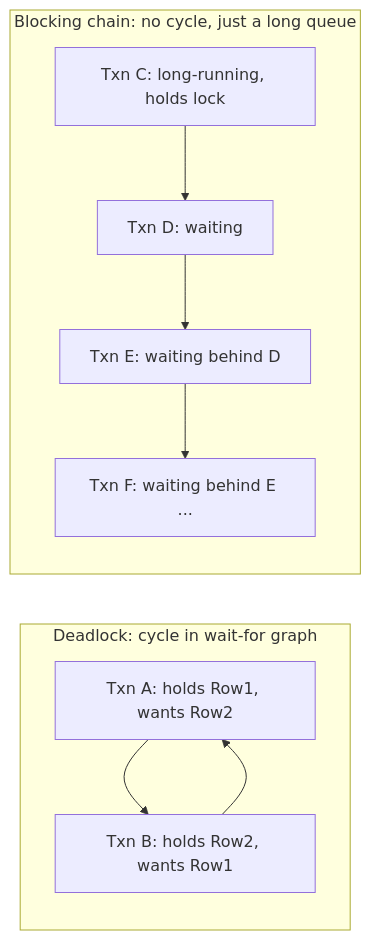
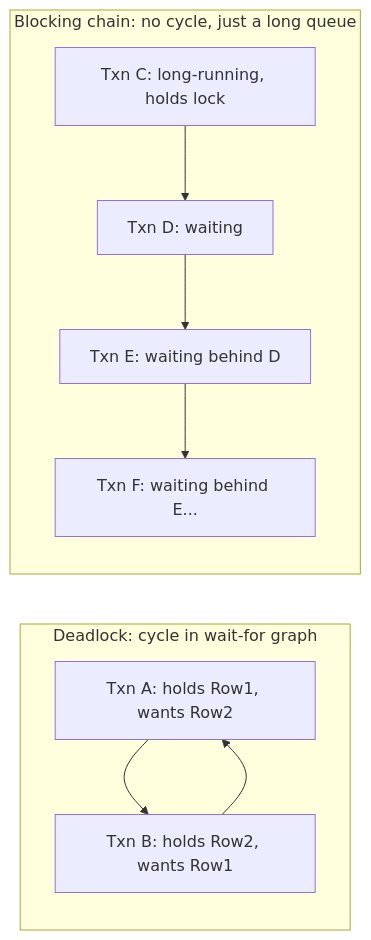
The diagram in 04-SQL-Server/02-Transactions-Isolation-Locking.md (umashankarp/InterviewQuestions), drawn with Mermaid before and after one commit. The commit also changed other lines of this file and 173 other files, not shown here.

````diff
--- a/04-SQL-Server/02-Transactions-Isolation-Locking.md
+++ b/04-SQL-Server/02-Transactions-Isolation-Locking.md
@@ -51,12 +51,12 @@
 ```mermaid
 graph LR
-    subgraph "Deadlock: cycle in wait-for graph"
-        A["Txn A: holds Row1, wants Row2"] --> B["Txn B: holds Row2, wants Row1"]
-        B --> A
-    end
-    subgraph "Blocking chain: no cycle, just a long queue"
-        C["Txn C: long-running, holds lock"] --> D["Txn D: waiting"]
-        D --> E["Txn E: waiting behind D"]
-        E --> F["Txn F: waiting behind E ..."]
-    end
+ subgraph "Deadlock: cycle in wait-for graph"
+ A["Txn A: holds Row1, wants Row2"] --> B["Txn B: holds Row2, wants Row1"]
+ B --> A
+ end
+ subgraph "Blocking chain: no cycle, just a long queue"
+ C["Txn C: long-running, holds lock"] --> D["Txn D: waiting"]
+ D --> E["Txn E: waiting behind D"]
+ E --> F["Txn F: waiting behind E..."]
+ end
 ```
````
